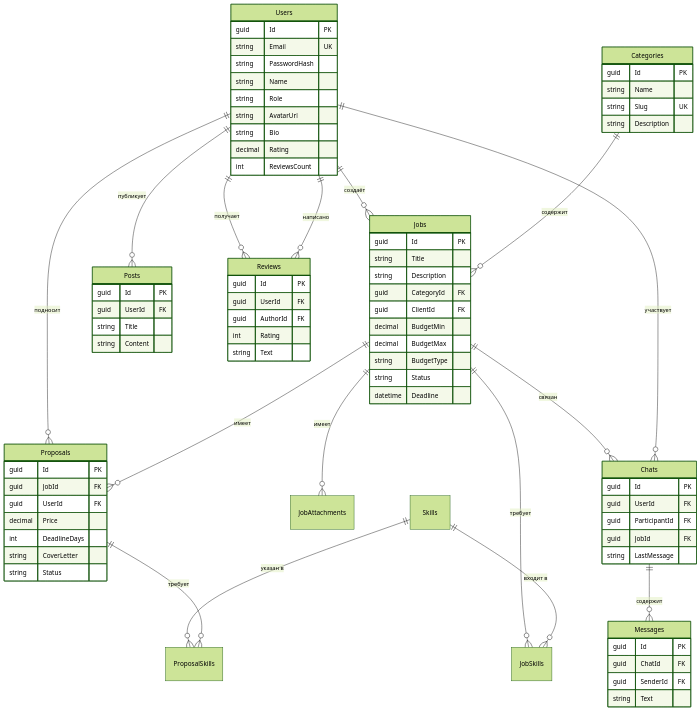
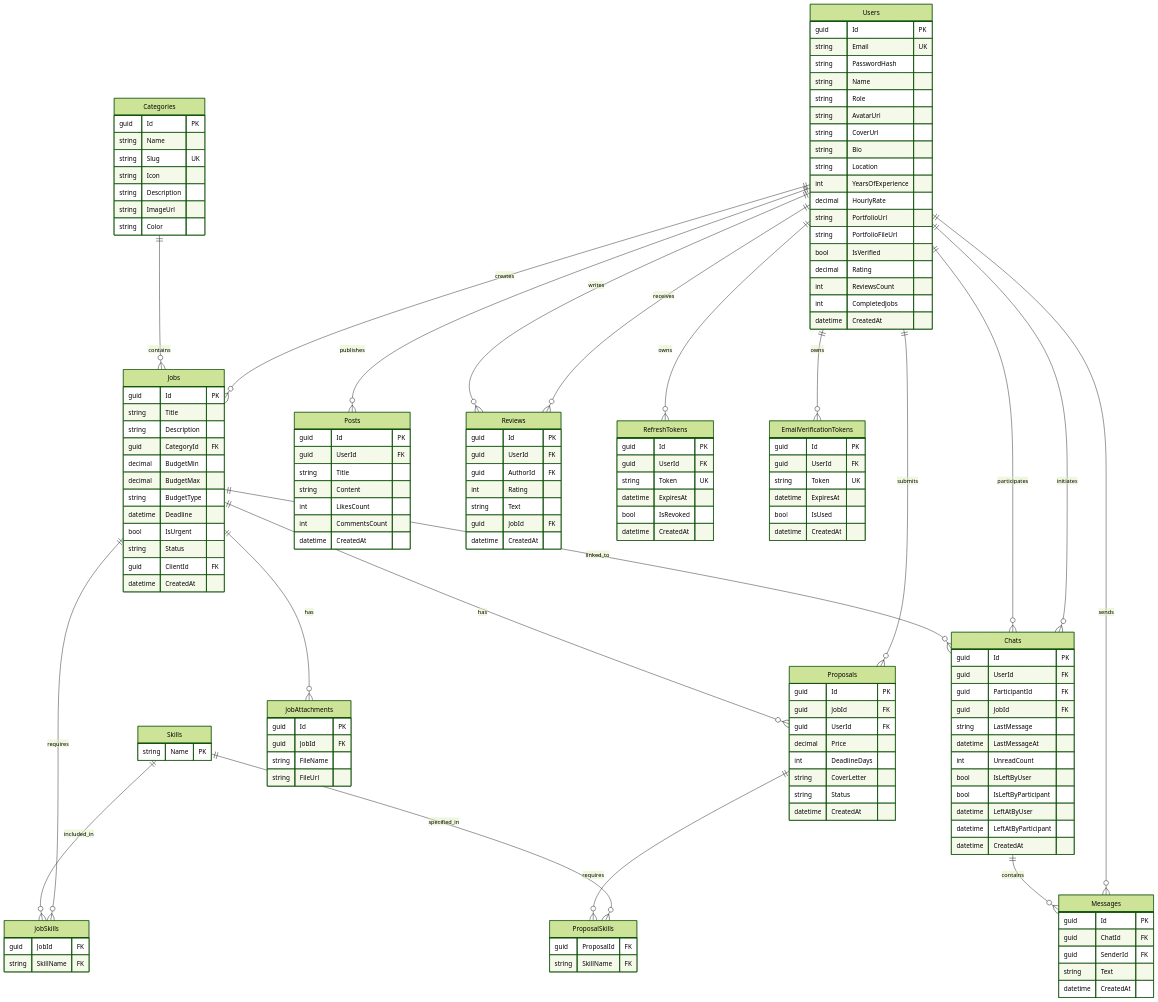
The fifth of 6 diagrams in explanatory_note_assets/explanatory_note.md (ksenomin/Synq), drawn with Mermaid (forest theme) before and after one commit. The commit also changed other lines of this file and 33 other files, not shown here.

Commit message:
feat: add review modals, privacy policy page, and improve job/proposal workflows

````diff
--- a/explanatory_note_assets/explanatory_note.md
+++ b/explanatory_note_assets/explanatory_note.md
@@ -406,20 +447,24 @@
 ```mermaid
 erDiagram
-    Users ||--o{ Jobs : "создаёт"
-    Users ||--o{ Proposals : "подносит"
-    Users ||--o{ Posts : "публикует"
-    Users ||--o{ Reviews : "получает"
-    Users ||--o{ Reviews : "написано"
-    Categories ||--o{ Jobs : "содержит"
-    Jobs ||--o{ Proposals : "имеет"
-    Jobs ||--o{ JobSkills : "требует"
-    Jobs ||--o{ JobAttachments : "имеет"
-    Jobs ||--o{ Chats : "связан"
-    Skills ||--o{ JobSkills : "входит в"
-    Skills ||--o{ ProposalSkills : "указан в"
-    Proposals ||--o{ ProposalSkills : "требует"
-    Chats ||--o{ Messages : "содержит"
-    Users ||--o{ Chats : "участвует"
+    Users ||--o{ Jobs : creates
+    Users ||--o{ Proposals : submits
+    Users ||--o{ Posts : publishes
+    Users ||--o{ Reviews : receives
+    Users ||--o{ Reviews : writes
+    Users ||--o{ Chats : initiates
+    Users ||--o{ Chats : participates
+    Users ||--o{ Messages : sends
+    Users ||--o{ RefreshTokens : owns
+    Users ||--o{ EmailVerificationTokens : owns
+    Categories ||--o{ Jobs : contains
+    Jobs ||--o{ Proposals : has
+    Jobs ||--o{ JobSkills : requires
+    Jobs ||--o{ JobAttachments : has
+    Jobs ||--o{ Chats : linked_to
+    Skills ||--o{ JobSkills : included_in
+    Skills ||--o{ ProposalSkills : specified_in
+    Proposals ||--o{ ProposalSkills : requires
+    Chats ||--o{ Messages : contains
 
     Users {
         guid Id PK
@@ -428,9 +473,28 @@
         string Name
         string Role
         string AvatarUrl
+        string CoverUrl
         string Bio
+        string Location
+        int YearsOfExperience
+        decimal HourlyRate
+        string PortfolioUrl
+        string PortfolioFileUrl
+        bool IsVerified
         decimal Rating
         int ReviewsCount
+        int CompletedJobs
+        datetime CreatedAt
+    }
+
+    Categories {
+        guid Id PK
+        string Name
+        string Slug UK
+        string Icon
+        string Description
+        string ImageUrl
+        string Color
     }
 
     Jobs {
@@ -438,12 +502,30 @@
         string Title
         string Description
         guid CategoryId FK
-        guid ClientId FK
         decimal BudgetMin
         decimal BudgetMax
         string BudgetType
+        datetime Deadline
+        bool IsUrgent
         string Status
-        datetime Deadline
+        guid ClientId FK
+        datetime CreatedAt
+    }
+
+    Skills {
+        string Name PK
+    }
+
+    JobSkills {
+        guid JobId FK
+        string SkillName FK
+    }
+
+    JobAttachments {
+        guid Id PK
+        guid JobId FK
+        string FileName
+        string FileUrl
     }
 
     Proposals {
@@ -454,13 +536,12 @@
         int DeadlineDays
         string CoverLetter
         string Status
+        datetime CreatedAt
     }
 
-    Categories {
-        guid Id PK
-        string Name
-        string Slug UK
-        string Description
+    ProposalSkills {
+        guid ProposalId FK
+        string SkillName FK
     }
 
     Chats {
@@ -469,6 +550,13 @@
         guid ParticipantId FK
         guid JobId FK
         string LastMessage
+        datetime LastMessageAt
+        int UnreadCount
+        bool IsLeftByUser
+        bool IsLeftByParticipant
+        datetime LeftAtByUser
+        datetime LeftAtByParticipant
+        datetime CreatedAt
     }
 
     Messages {
@@ -476,6 +564,7 @@
         guid ChatId FK
         guid SenderId FK
         string Text
+        datetime CreatedAt
     }
 
     Posts {
@@ -483,6 +572,9 @@
         guid UserId FK
         string Title
         string Content
+        int LikesCount
+        int CommentsCount
+        datetime CreatedAt
     }
 
     Reviews {
@@ -491,5 +583,25 @@
         guid AuthorId FK
         int Rating
         string Text
+        guid JobId FK
+        datetime CreatedAt
+    }
+
+    RefreshTokens {
+        guid Id PK
+        guid UserId FK
+        string Token UK
+        datetime ExpiresAt
+        bool IsRevoked
+        datetime CreatedAt
+    }
+
+    EmailVerificationTokens {
+        guid Id PK
+        guid UserId FK
+        string Token UK
+        datetime ExpiresAt
+        bool IsUsed
+        datetime CreatedAt
     }
 ```
````
